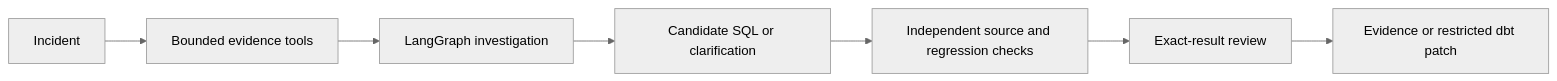
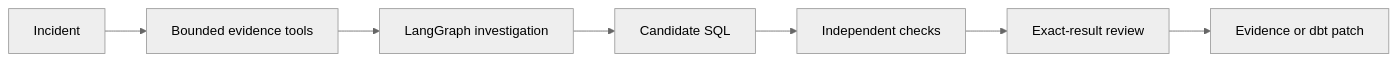
Before and after one commit to Akhilesh-Vangala/sqlarbiter: the diagram in README.md, drawn with Mermaid. The commit also changed other lines of this file, not shown here.

Commit message:
Simplify README: keep banner, live links, and architecture; drop demo media.

````diff
--- a/README.md
+++ b/README.md
@@ -58,10 +17,10 @@
 ```mermaid
 %%{init: {"theme": "neutral"}}%%
 flowchart LR
   Incident --> Evidence[Bounded evidence tools]
   Evidence --> Agent[LangGraph investigation]
-  Agent --> Candidate[Candidate SQL or clarification]
-  Candidate --> Verify[Independent source and regression checks]
+  Agent --> Candidate[Candidate SQL]
+  Candidate --> Verify[Independent checks]
   Verify --> Review[Exact-result review]
-  Review --> Export[Evidence or restricted dbt patch]
+  Review --> Export[Evidence or dbt patch]
 ```
````
